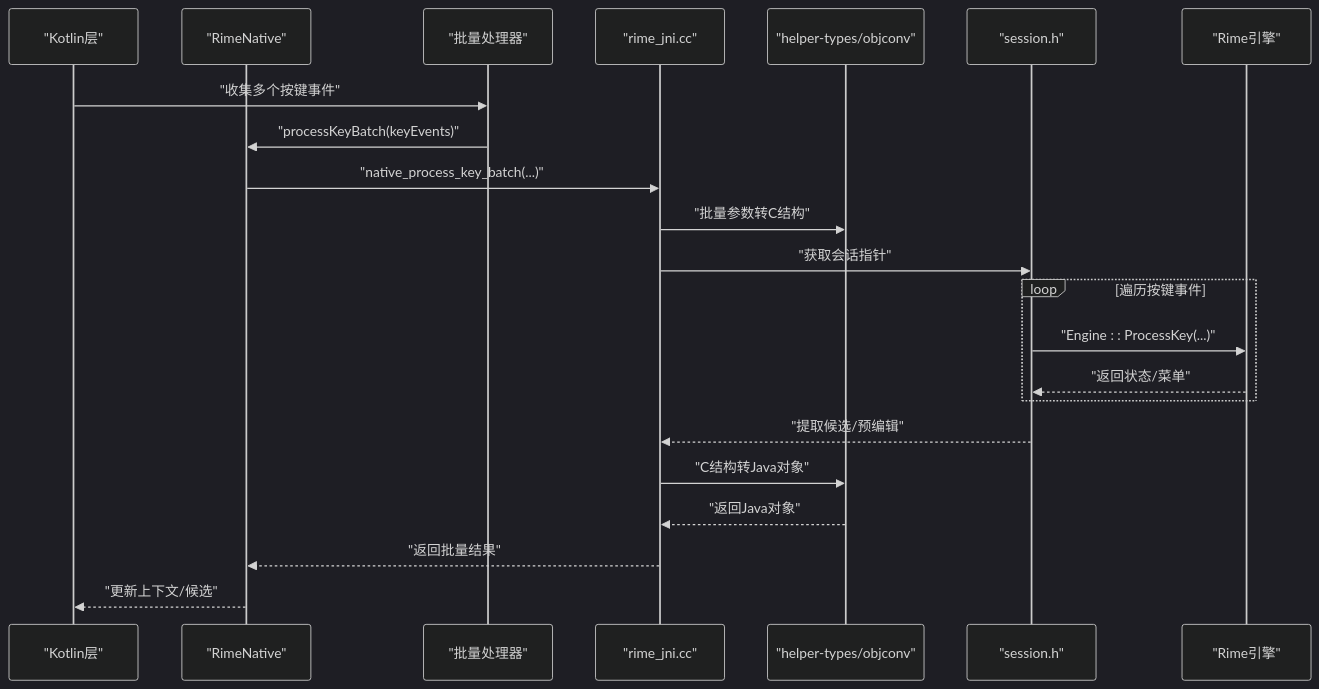
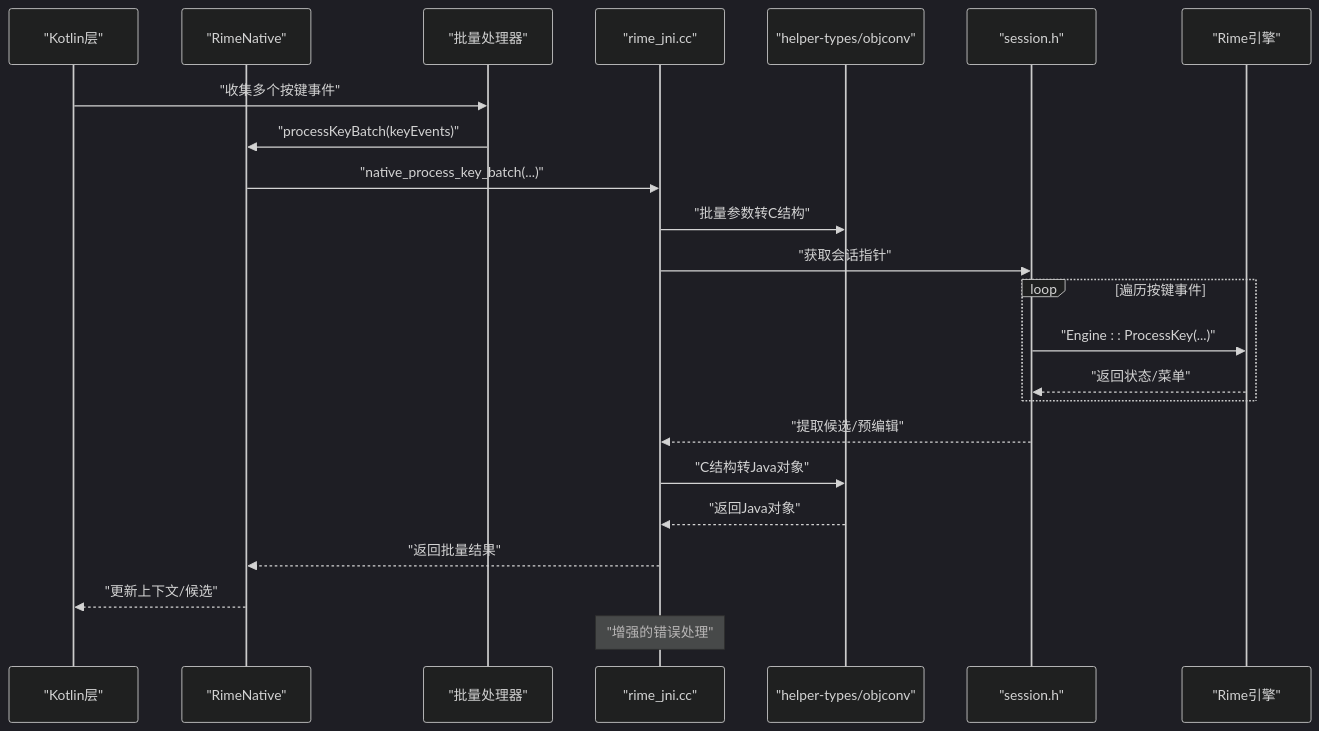
The fifth of 10 diagrams in .qoder/repowiki/zh/content/架构设计/分层架构设计/业务逻辑层/SimpleRimeImpl 核心实现.md (qiaodashaoye/ziyou-ime), drawn with Mermaid (dark theme) before and after one commit. The commit also changed other lines of this file and 14 other files, not shown here.

````diff
--- a/.qoder/repowiki/zh/content/架构设计/分层架构设计/业务逻辑层/SimpleRimeImpl 核心实现.md
+++ b/.qoder/repowiki/zh/content/架构设计/分层架构设计/业务逻辑层/SimpleRimeImpl 核心实现.md
@@ -274,24 +285,25 @@
 ```mermaid
 sequenceDiagram
 participant K as "Kotlin层"
 participant N as "RimeNative"
 participant B as "批量处理器"
 participant J as "rime_jni.cc"
 participant H as "helper-types/objconv"
 participant S as "session.h"
 participant R as "Rime引擎"
 K->>B : "收集多个按键事件"
 B->>N : "processKeyBatch(keyEvents)"
 N->>J : "native_process_key_batch(...)"
 J->>H : "批量参数转C结构"
 J->>S : "获取会话指针"
 loop 遍历按键事件
 S->>R : "Engine : : ProcessKey(...)"
 R-->>S : "返回状态/菜单"
 end
 S-->>J : "提取候选/预编辑"
 J->>H : "C结构转Java对象"
 H-->>J : "返回Java对象"
 J-->>N : "返回批量结果"
 N-->>K : "更新上下文/候选"
+Note over J : "增强的错误处理"
 ```
````
